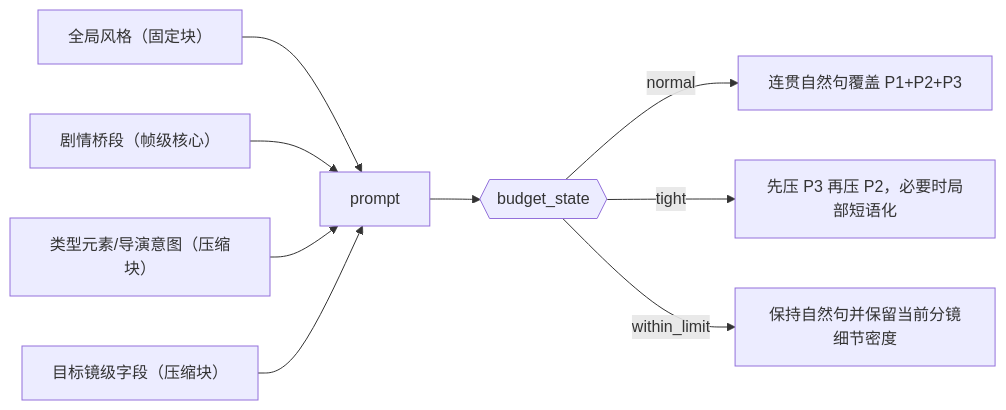
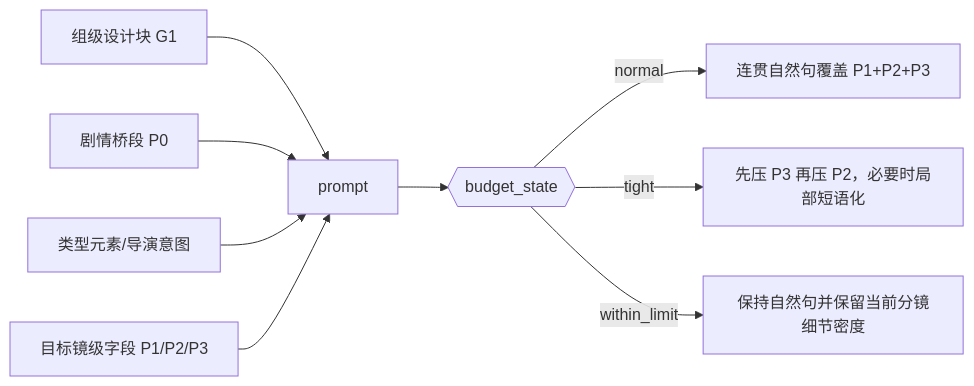
The third of 4 diagrams in .agents/skills/aigc/6-Video/1-提示词蒸馏/首帧参照/SKILL.md (ZEN-VOID/AI-CUT), drawn with Mermaid before and after one commit. The commit also changed other lines of this file and 118 other files, not shown here.

````diff
--- a/.agents/skills/aigc/6-Video/1-提示词蒸馏/首帧参照/SKILL.md
+++ b/.agents/skills/aigc/6-Video/1-提示词蒸馏/首帧参照/SKILL.md
@@ -261,11 +267,11 @@
 ```mermaid
 flowchart LR
-    A["全局风格（固定块）"] --> E["prompt"]
-    B["剧情桥段（帧级核心）"] --> E
-    C["类型元素/导演意图（压缩块）"] --> E
-    D["目标镜级字段（压缩块）"] --> E
+    A["组级设计块 G1"] --> E["prompt"]
+    B["剧情桥段 P0"] --> E
+    C["类型元素/导演意图"] --> E
+    D["目标镜级字段 P1/P2/P3"] --> E
     E --> F{{"budget_state"}}
     F -->|"normal"| G["连贯自然句覆盖 P1+P2+P3"]
     F -->|"tight"| H["先压 P3 再压 P2，必要时局部短语化"]
     F -->|"within_limit"| I["保持自然句并保留当前分镜细节密度"]
 ```
````
